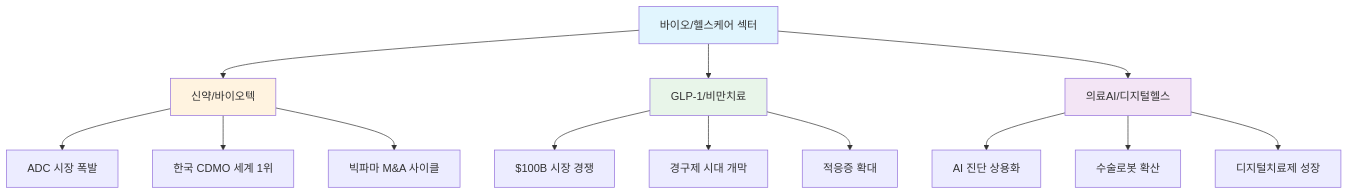
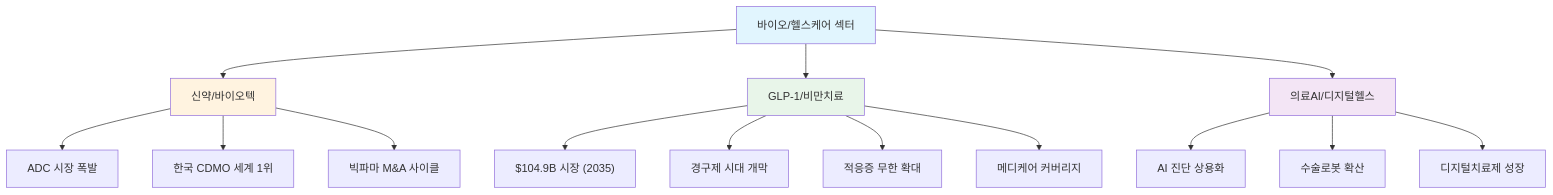
The second of 8 diagrams in _posts/knowledge/invest/2026-03-07-bio-healthcare-sector-outlook-2026.md (dss99911/dss99911.github.io), drawn with Mermaid before and after one commit. The commit also changed other lines of this file and 5 other files, not shown here.

````diff
--- a/_posts/knowledge/invest/2026-03-07-bio-healthcare-sector-outlook-2026.md
+++ b/_posts/knowledge/invest/2026-03-07-bio-healthcare-sector-outlook-2026.md
@@ -44,23 +69,24 @@
 ```mermaid
 graph TD
     A["바이오/헬스케어 섹터"] --> B["신약/바이오텍"]
     A --> C["GLP-1/비만치료"]
     A --> D["의료AI/디지털헬스"]
 
     B --> B1["ADC 시장 폭발"]
     B --> B2["한국 CDMO 세계 1위"]
     B --> B3["빅파마 M&A 사이클"]
 
-    C --> C1["$100B 시장 경쟁"]
+    C --> C1["$104.9B 시장 (2035)"]
     C --> C2["경구제 시대 개막"]
-    C --> C3["적응증 확대"]
+    C --> C3["적응증 무한 확대"]
+    C --> C4["메디케어 커버리지"]
 
     D --> D1["AI 진단 상용화"]
     D --> D2["수술로봇 확산"]
     D --> D3["디지털치료제 성장"]
 
     style A fill:#e1f5fe
     style B fill:#fff3e0
     style C fill:#e8f5e9
     style D fill:#f3e5f5
 ```
````
